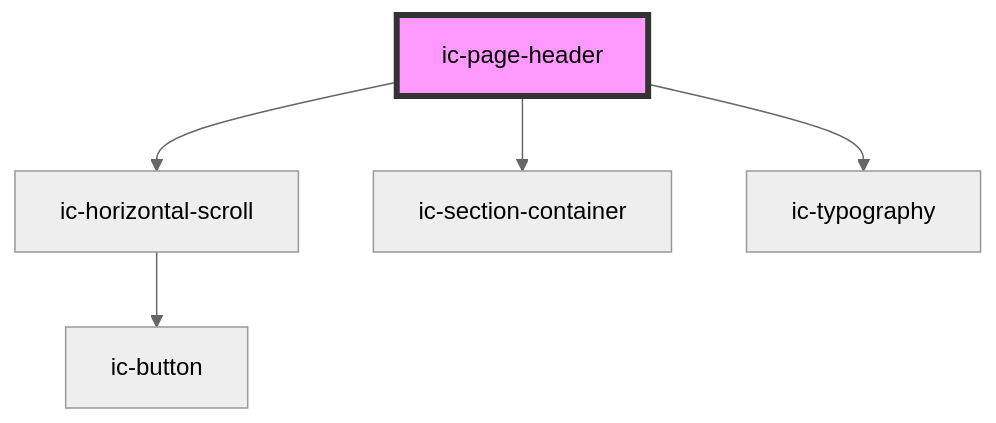
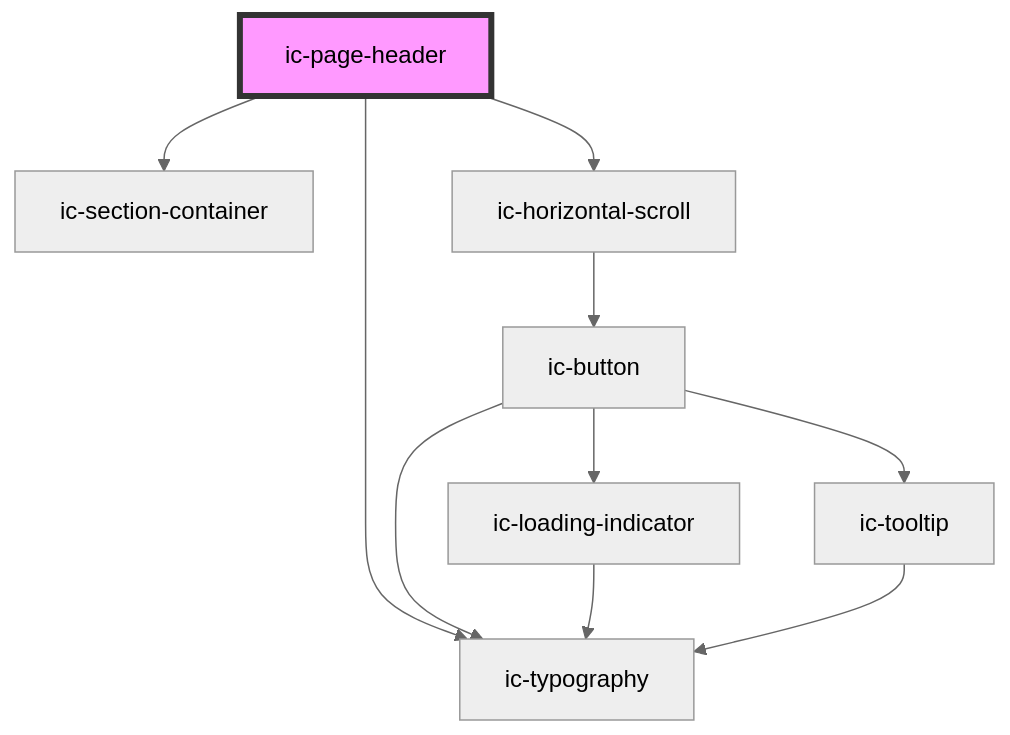
Before and after one commit to mi6/ic-ui-kit: the diagram in packages/web-components/src/components/ic-page-header/readme.md, drawn with Mermaid (neutral theme). The commit also changed other lines of this file and 134 other files, not shown here.

````diff
--- a/packages/web-components/src/components/ic-page-header/readme.md
+++ b/packages/web-components/src/components/ic-page-header/readme.md
@@ -54,8 +53,13 @@
 ```mermaid
 graph TD;
-  ic-page-header --> ic-horizontal-scroll
   ic-page-header --> ic-section-container
   ic-page-header --> ic-typography
+  ic-page-header --> ic-horizontal-scroll
   ic-horizontal-scroll --> ic-button
+  ic-button --> ic-typography
+  ic-button --> ic-loading-indicator
+  ic-button --> ic-tooltip
+  ic-loading-indicator --> ic-typography
+  ic-tooltip --> ic-typography
   style ic-page-header fill:#f9f,stroke:#333,stroke-width:4px
 ```
````
